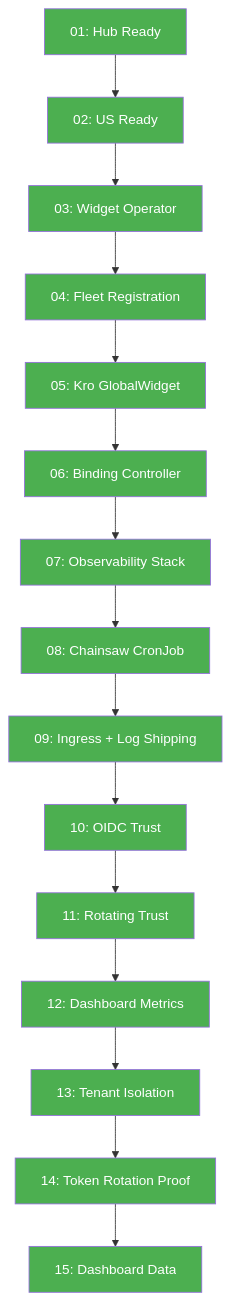
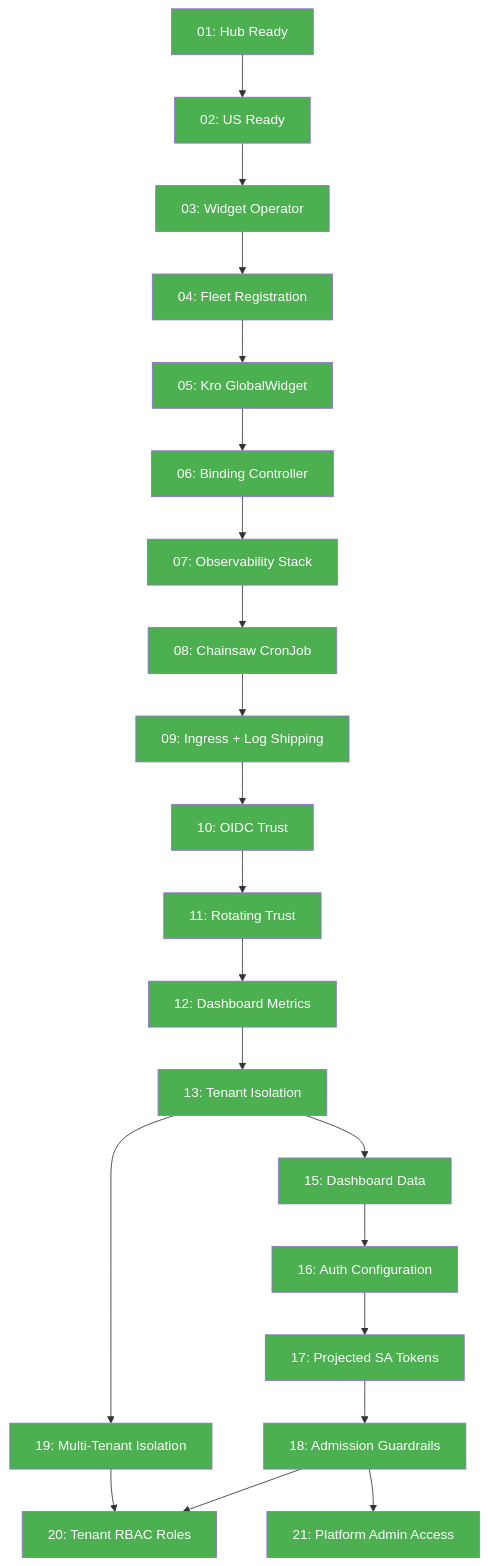
The second of 3 diagrams in docs/platform-mvp/06-e2e-verification.md (sojoner/kro-lab), drawn with Mermaid before and after one commit. The commit also changed other lines of this file and 126 other files, not shown here.

````diff
--- a/docs/platform-mvp/06-e2e-verification.md
+++ b/docs/platform-mvp/06-e2e-verification.md
@@ -67,33 +72,44 @@
 ```mermaid
 graph TD
     A["01: Hub Ready"] --> B["02: US Ready"]
     B --> C["03: Widget Operator"]
     C --> D["04: Fleet Registration"]
     D --> E["05: Kro GlobalWidget"]
     E --> F["06: Binding Controller"]
     F --> G["07: Observability Stack"]
     G --> H["08: Chainsaw CronJob"]
     H --> I["09: Ingress + Log Shipping"]
     I --> J["10: OIDC Trust"]
     J --> K["11: Rotating Trust"]
     K --> L["12: Dashboard Metrics"]
     L --> M["13: Tenant Isolation"]
-    M --> N["14: Token Rotation Proof"]
-    N --> O["15: Dashboard Data"]
+    M --> N["15: Dashboard Data"]
+    N --> O["16: Auth Configuration"]
+    O --> P["17: Projected SA Tokens"]
+    P --> Q["18: Admission Guardrails"]
+    M --> R["19: Multi-Tenant Isolation"]
+    R --> S["20: Tenant RBAC Roles"]
+    Q --> S
+    Q --> T["21: Platform Admin Access"]
 
     style A fill:#4caf50,color:#fff
     style B fill:#4caf50,color:#fff
     style C fill:#4caf50,color:#fff
     style D fill:#4caf50,color:#fff
     style E fill:#4caf50,color:#fff
     style F fill:#4caf50,color:#fff
     style G fill:#4caf50,color:#fff
     style H fill:#4caf50,color:#fff
     style I fill:#4caf50,color:#fff
     style J fill:#4caf50,color:#fff
     style K fill:#4caf50,color:#fff
     style L fill:#4caf50,color:#fff
     style M fill:#4caf50,color:#fff
     style N fill:#4caf50,color:#fff
     style O fill:#4caf50,color:#fff
+    style P fill:#4caf50,color:#fff
+    style Q fill:#4caf50,color:#fff
+    style R fill:#4caf50,color:#fff
+    style S fill:#4caf50,color:#fff
+    style T fill:#4caf50,color:#fff
 ```
````
